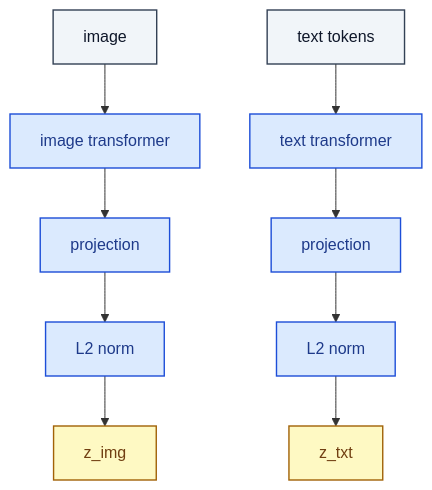
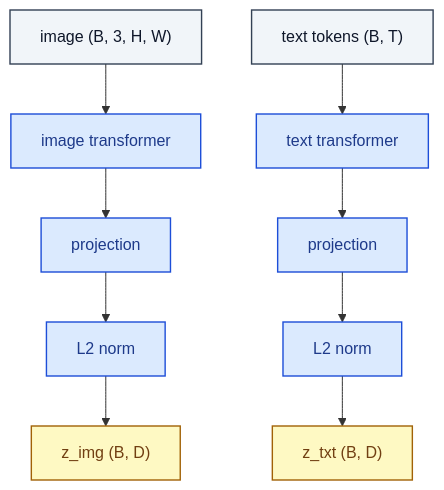
Before and after one commit to RealityShifts/Srivastava-book-of-Blocks-diagrams: the diagram in multimodal/CLIPEncoder.md, drawn with Mermaid. The commit also changed 123 other files, not shown here.

````diff
--- a/multimodal/CLIPEncoder.md
+++ b/multimodal/CLIPEncoder.md
@@ -7,30 +7,31 @@
 ```mermaid
 flowchart TD
-    n0_0["image"]:::io
-    n0_1["text tokens"]:::io
+    n0_0["image  (B, 3, H, W)"]:::io
+    n0_1["text tokens  (B, T)"]:::io
     n1_0["image transformer"]:::op
     n1_1["text transformer"]:::op
     n2_0["projection"]:::op
     n2_1["projection"]:::op
     n3_0["L2 norm"]:::op
     n3_1["L2 norm"]:::op
-    n4_0["z_img"]:::emb
-    n4_1["z_txt"]:::emb
+    n4_0["z_img  (B, D)"]:::emb
+    n4_1["z_txt  (B, D)"]:::emb
     n0_0 --> n1_0
     n0_1 --> n1_1
     n1_0 --> n2_0
     n1_1 --> n2_1
     n2_0 --> n3_0
     n2_1 --> n3_1
     n3_0 --> n4_0
     n3_1 --> n4_1
     classDef io fill:#f1f5f9,stroke:#334155,stroke-width:1.4px,color:#0f172a
     classDef op fill:#dbeafe,stroke:#1d4ed8,stroke-width:1.4px,color:#1e3a8a
     classDef norm fill:#dcfce7,stroke:#15803d,stroke-width:1.4px,color:#14532d
     classDef act fill:#ffedd5,stroke:#c2410c,stroke-width:1.4px,color:#7c2d12
     classDef attn fill:#ede9fe,stroke:#6d28d9,stroke-width:1.4px,color:#4c1d95
     classDef merge fill:#fef3c7,stroke:#b45309,stroke-width:1.4px,color:#78350f
     classDef emb fill:#fef9c3,stroke:#a16207,stroke-width:1.4px,color:#713f12
     classDef loss fill:#fee2e2,stroke:#b91c1c,stroke-width:1.4px,color:#7f1d1d
     classDef ctrl fill:#f5f5f4,stroke:#52525b,stroke-width:1.4px,color:#27272a
+    classDef ref fill:#e0f2fe,stroke:#0369a1,stroke-width:2px,color:#0c4a6e,stroke-dasharray: 4 2
 ```
````
